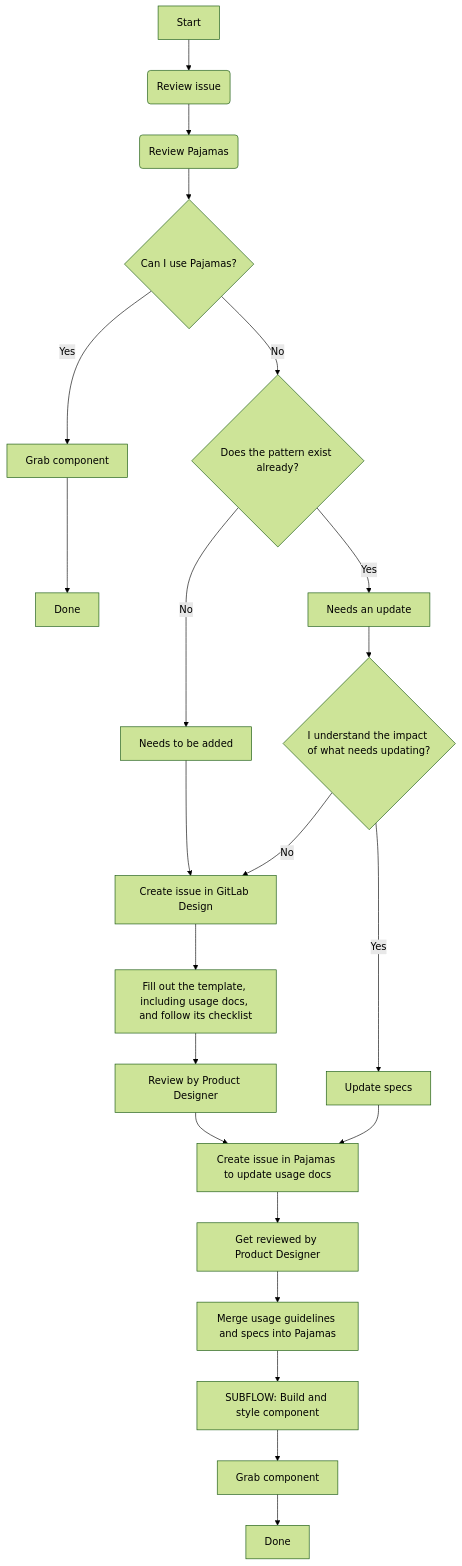
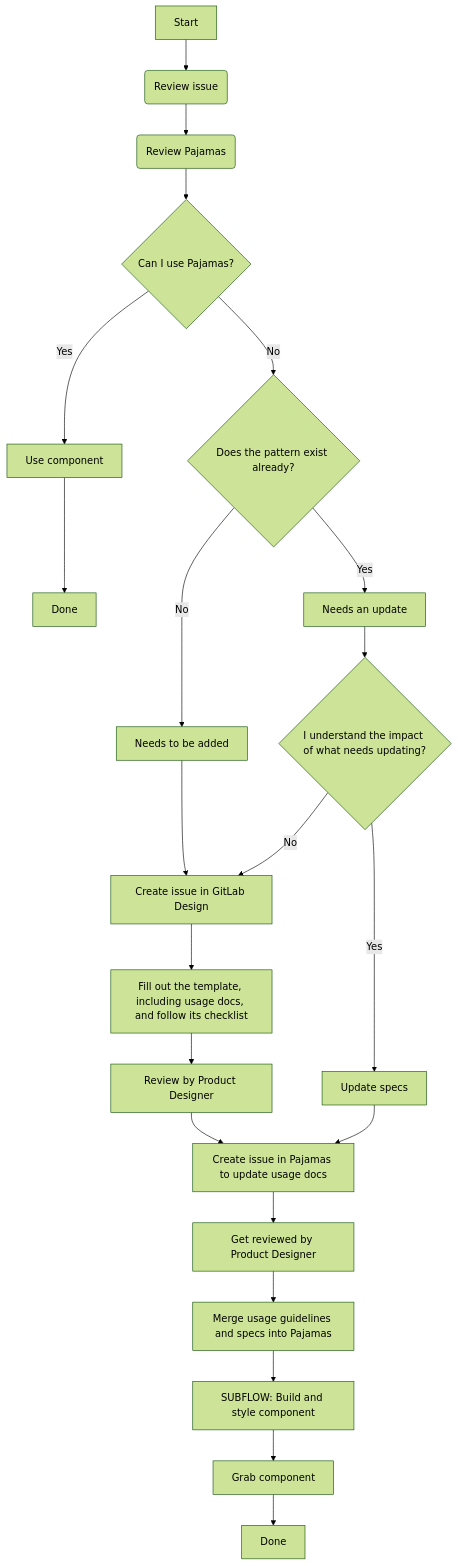
The diagram in doc/component-lifecycle.md (khulnasoft-lab/design.khulnasoft.com), drawn with Mermaid (forest theme) before and after one commit.

Commit message:
Apply suggestion to doc/component-lifecycle.md

````diff
--- a/doc/component-lifecycle.md
+++ b/doc/component-lifecycle.md
@@ -46,28 +46,28 @@
 ```mermaid
 graph TD;
 A[Start] -->B(Review issue)
 B--> C(Review Pajamas)
 click C "https://design.gitlab.com"
 C-->D{Can I use Pajamas?}
-D -->|Yes| E[Grab component]
+D -->|Yes| E[Use component]
 E --> F[Done]
 D -->|No| G{Does the pattern exist already?}
 G-->|No| H[Needs to be added]
 H-->I[Create issue in GitLab Design]
 click I "https://gitlab.com/gitlab-org/gitlab-design/issues/new?issuable_template=UX%20Pattern"
 I-->J[Fill out the template, including usage docs, and follow its checklist]
 J-->K[Review by Product Designer]
 K-->L[Create issue in Pajamas to update usage docs]
 click L "https://gitlab.com/gitlab-org/gitlab-services/design.gitlab.com/issues/new"
 L-->M[Get reviewed by Product Designer]
 M-->N[Merge usage guidelines and specs into Pajamas]
 N-->O[SUBFLOW: Build and style component]
 click O "https://gitlab.com/gitlab-org/gitlab-ui/blob/master/doc/component-lifecycle.md"
 O-->P[Grab component]
 P-->Q[Done]
 G-->|Yes| R[Needs an update]
 R-->S{I understand the impact of what needs updating?}
 S-->|Yes| T[Update specs]
 T-->L
 S-->|No| I
 ```
````
